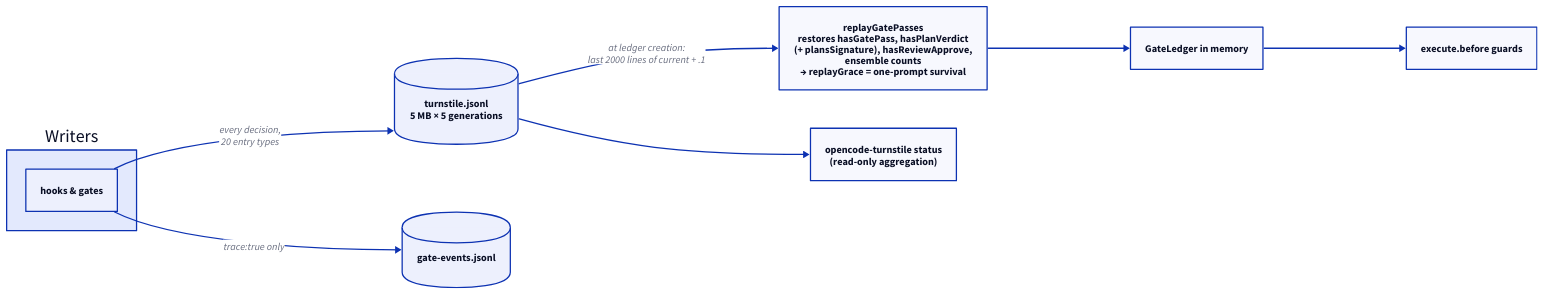
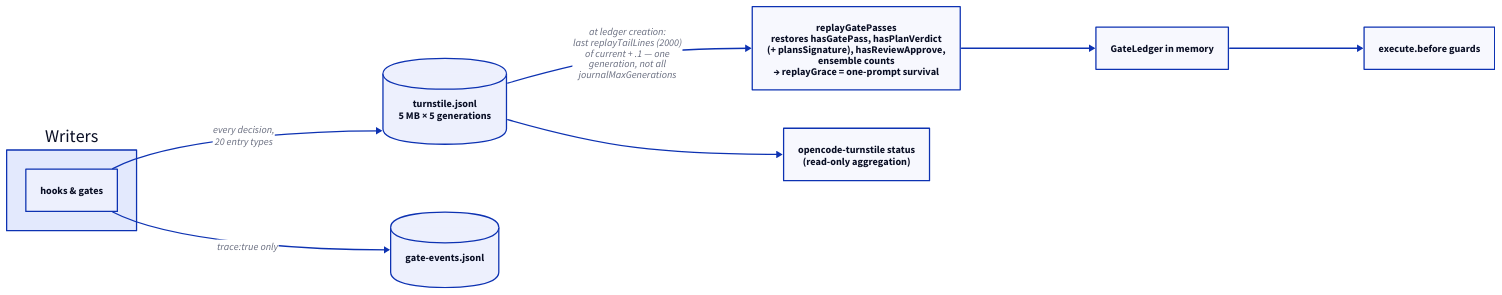
One commit to edseabolt/turnstile changed the diagram in docs/diagrams/d05-persistence.d2. Above: the diagram before and after it, drawn with D2. The commit also changed 23 other files, not shown here.

Commit message:
feat(config): plumb journal rotation and replay-tail knobs

```diff
--- a/docs/diagrams/d05-persistence.d2
+++ b/docs/diagrams/d05-persistence.d2
@@ -1,24 +1,24 @@
 direction: right
 
 writers: "Writers" {
   hooks: "hooks & gates"
 }
 
 jsonl: "turnstile.jsonl\n5 MB × 5 generations" {
   shape: cylinder
 }
 trace: "gate-events.jsonl" {
   shape: cylinder
 }
 
 replay: "replayGatePasses\nrestores hasGatePass, hasPlanVerdict\n(+ plansSignature), hasReviewApprove,\nensemble counts\n→ replayGrace = one-prompt survival"
 ledger: "GateLedger in memory"
 enforce: "execute.before guards"
 cli: "opencode-turnstile status\n(read-only aggregation)"
 
 writers.hooks -> jsonl: "every decision,\n20 entry types"
 writers.hooks -> trace: "trace:true only"
-jsonl -> replay: "at ledger creation:\nlast 2000 lines of current + .1"
+jsonl -> replay: "at ledger creation:\nlast replayTailLines (2000)\nof current + .1 — one\ngeneration, not all\njournalMaxGenerations"
 replay -> ledger
 ledger -> enforce
 jsonl -> cli
```
